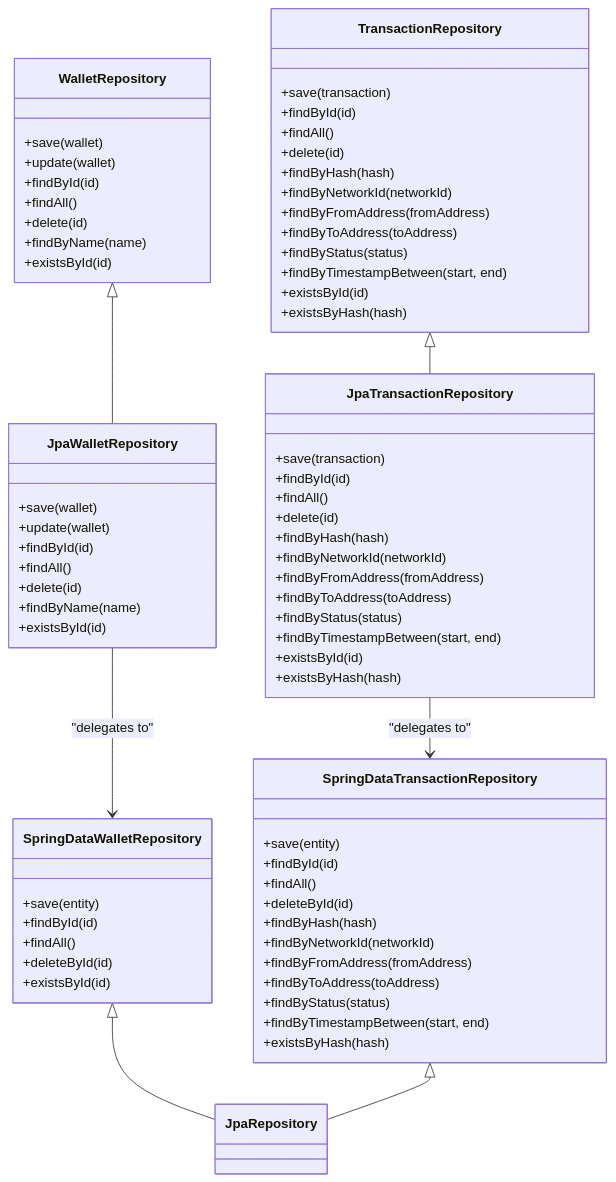
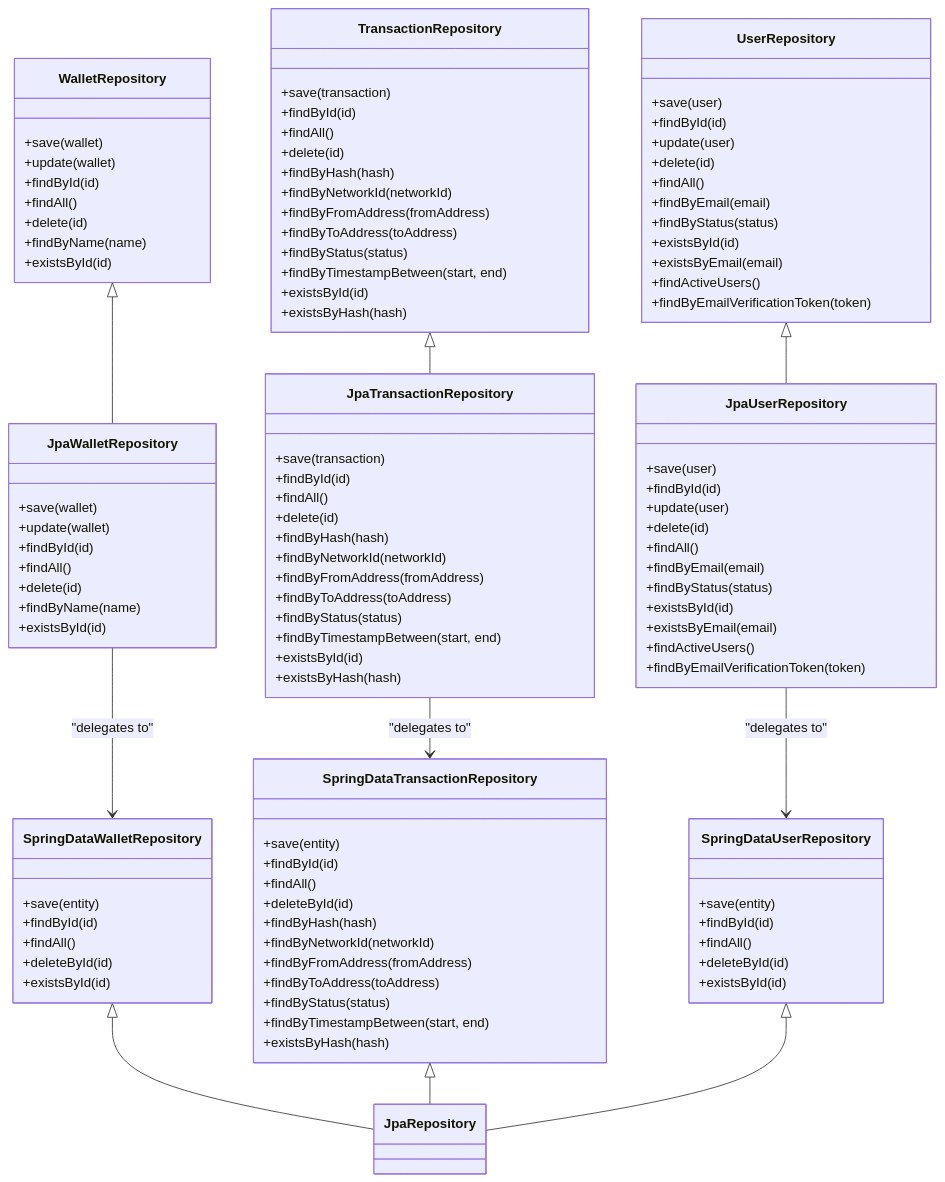
Before and after one commit to italoag/wallet: the fourth of 9 diagrams in .qoder/repowiki/en/content/Persistence Layer/Persistence Layer.md, drawn with Mermaid. The commit also changed other lines of this file and 11 other files, not shown here.

Commit message:
fix: ValidateAddressUseCase and JpaUserRepository

````diff
--- a/.qoder/repowiki/en/content/Persistence Layer/Persistence Layer.md
+++ b/.qoder/repowiki/en/content/Persistence Layer/Persistence Layer.md
@@ -205,6 +208,19 @@
 +existsById(id)
 +existsByHash(hash)
 }
+class UserRepository {
++save(user)
++findById(id)
++update(user)
++delete(id)
++findAll()
++findByEmail(email)
++findByStatus(status)
++existsById(id)
++existsByEmail(email)
++findActiveUsers()
++findByEmailVerificationToken(token)
+}
 class JpaWalletRepository {
 +save(wallet)
 +update(wallet)
@@ -228,6 +244,19 @@
 +existsById(id)
 +existsByHash(hash)
 }
+class JpaUserRepository {
++save(user)
++findById(id)
++update(user)
++delete(id)
++findAll()
++findByEmail(email)
++findByStatus(status)
++existsById(id)
++existsByEmail(email)
++findActiveUsers()
++findByEmailVerificationToken(token)
+}
 class SpringDataWalletRepository {
 +save(entity)
 +findById(id)
@@ -248,10 +277,20 @@
 +findByTimestampBetween(start, end)
 +existsByHash(hash)
 }
+class SpringDataUserRepository {
++save(entity)
++findById(id)
++findAll()
++deleteById(id)
++existsById(id)
+}
 WalletRepository <|-- JpaWalletRepository
 TransactionRepository <|-- JpaTransactionRepository
+UserRepository <|-- JpaUserRepository
 JpaWalletRepository --> SpringDataWalletRepository : "delegates to"
 JpaTransactionRepository --> SpringDataTransactionRepository : "delegates to"
+JpaUserRepository --> SpringDataUserRepository : "delegates to"
 SpringDataWalletRepository <|-- JpaRepository
 SpringDataTransactionRepository <|-- JpaRepository
+SpringDataUserRepository <|-- JpaRepository
 ```
````
